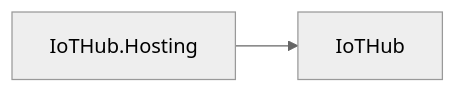
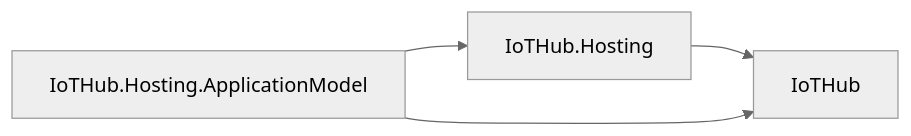
One commit to assimalign/cohesion changed diagram 17 of 27 in docs/DEPENDENCIES.md. Above: the diagram before and after it, drawn with Mermaid (neutral theme). The commit also changed other lines of this file and 454 other files, not shown here.

First line of the commit message:
feat(resources): give every resource area a Hosting.ApplicationModel integration

````diff
--- a/docs/DEPENDENCIES.md
+++ b/docs/DEPENDENCIES.md
@@ -744,6 +763,9 @@
 ```mermaid
 flowchart LR
     N0["IoTHub"]
     N1["IoTHub.Hosting"]
+    N2["IoTHub.Hosting.ApplicationModel"]
     N1 --> N0
+    N2 --> N0
+    N2 --> N1
 ```
````
